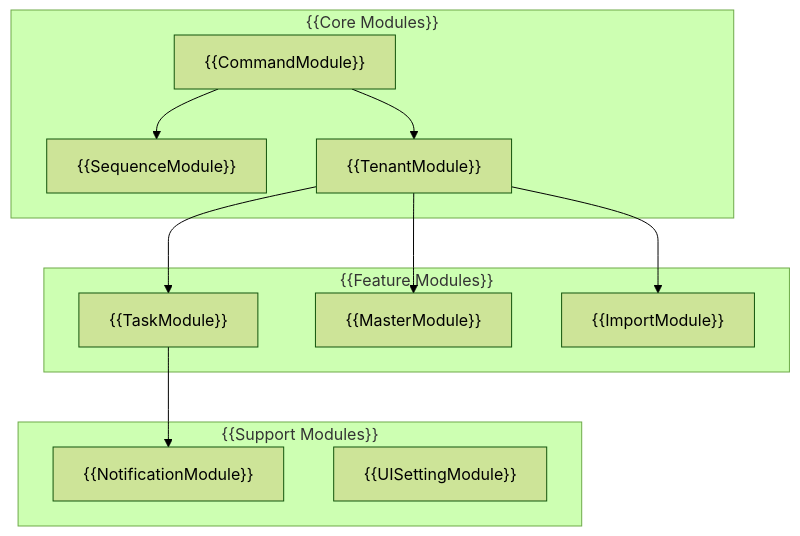
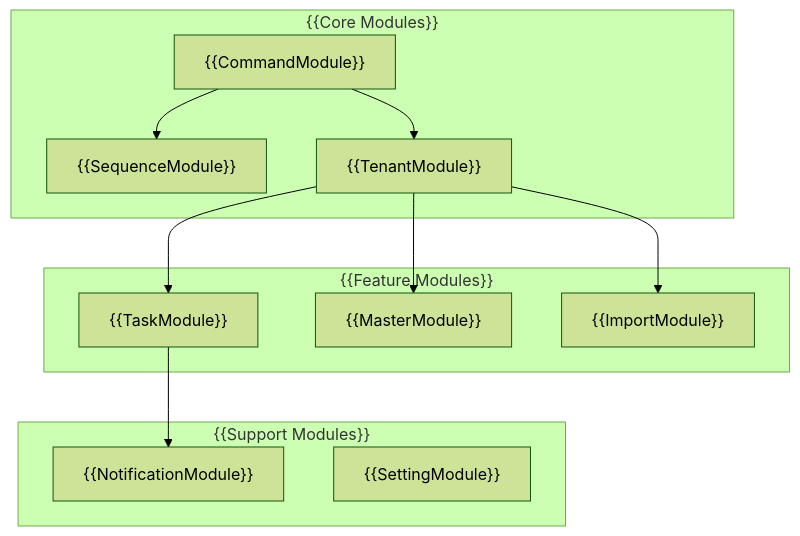
Before and after one commit to mbc-net/mbc-cqrs-serverless-doc: the diagram in docs/api-reference.md, drawn with Mermaid (forest theme). The commit also changed other lines of this file and 19 other files, not shown here.

````diff
--- a/docs/api-reference.md
+++ b/docs/api-reference.md
@@ -11,26 +11,26 @@
 ```mermaid
 graph TB
     subgraph "{{Core Modules}}"
         A["{{CommandModule}}"]
         B["{{SequenceModule}}"]
         C["{{TenantModule}}"]
     end
 
     subgraph "{{Feature Modules}}"
         D["{{TaskModule}}"]
         E["{{MasterModule}}"]
         F["{{ImportModule}}"]
     end
 
     subgraph "{{Support Modules}}"
         G["{{NotificationModule}}"]
-        H["{{UISettingModule}}"]
+        H["{{SettingModule}}"]
     end
 
     A --> B
     A --> C
     C --> D
     C --> E
     C --> F
     D --> G
 ```
````
